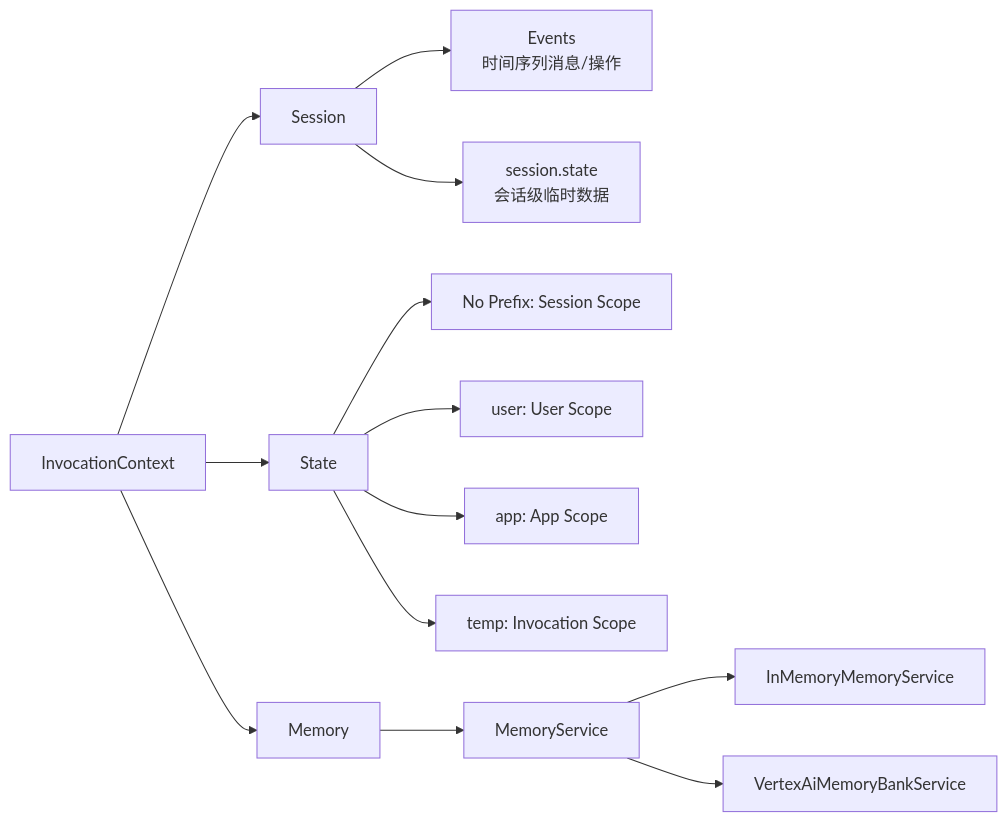
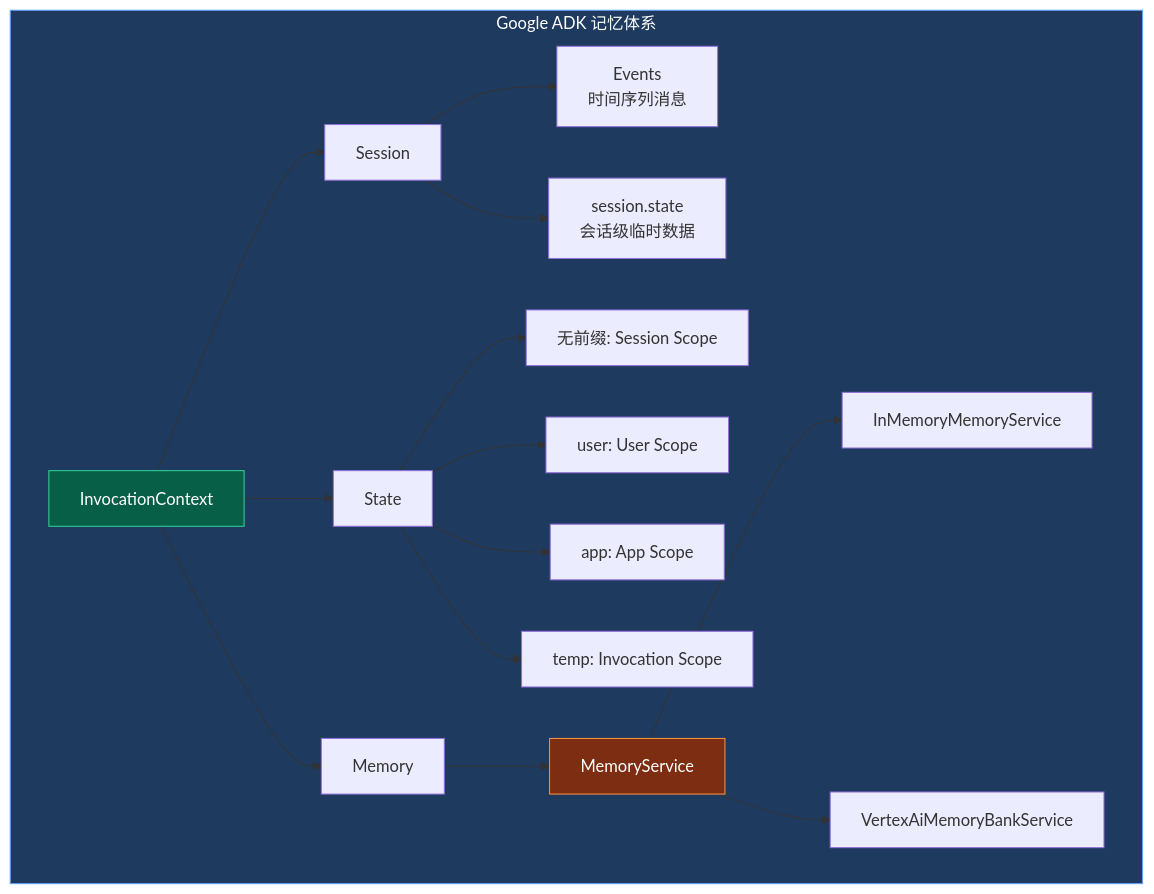
One commit to ThreeFish-AI/agentic-ai-cognizes changed the fourth of 7 diagrams in docs/research/001-context-engineering.md. Above: the diagram before and after it, drawn with Mermaid. The commit also changed other lines of this file and 1 other file, not shown here.

````diff
--- a/docs/research/001-context-engineering.md
+++ b/docs/research/001-context-engineering.md
@@ -324,18 +324,24 @@
 ```mermaid
-graph LR
-    IC[InvocationContext] --> S[Session]
-    IC --> ST[State]
-    IC --> M[Memory]
+graph TD
+    subgraph ADK["Google ADK 记忆体系"]
+        IC[InvocationContext] --> S[Session]
+        IC --> ST[State]
+        IC --> M[Memory]
 
-    S --> SE[Events<br>时间序列消息/操作]
-    S --> SS[session.state<br>会话级临时数据]
+        S --> SE["Events<br>时间序列消息"]
+        S --> SS["session.state<br>会话级临时数据"]
 
-    ST --> ST1[No Prefix: Session Scope]
-    ST --> ST2["user: User Scope"]
-    ST --> ST3["app: App Scope"]
-    ST --> ST4["temp: Invocation Scope"]
+        ST --> ST1["无前缀: Session Scope"]
+        ST --> ST2["user: User Scope"]
+        ST --> ST3["app: App Scope"]
+        ST --> ST4["temp: Invocation Scope"]
 
-    M --> MM[MemoryService]
-    MM --> MM1[InMemoryMemoryService]
-    MM --> MM2[VertexAiMemoryBankService]
+        M --> MM[MemoryService]
+        MM --> MM1[InMemoryMemoryService]
+        MM --> MM2[VertexAiMemoryBankService]
+    end
+
+    style ADK fill:#1e3a5f,stroke:#60a5fa,color:#fff
+    style IC fill:#065f46,stroke:#34d399,color:#fff
+    style MM fill:#7c2d12,stroke:#fb923c,color:#fff
 ```
````
